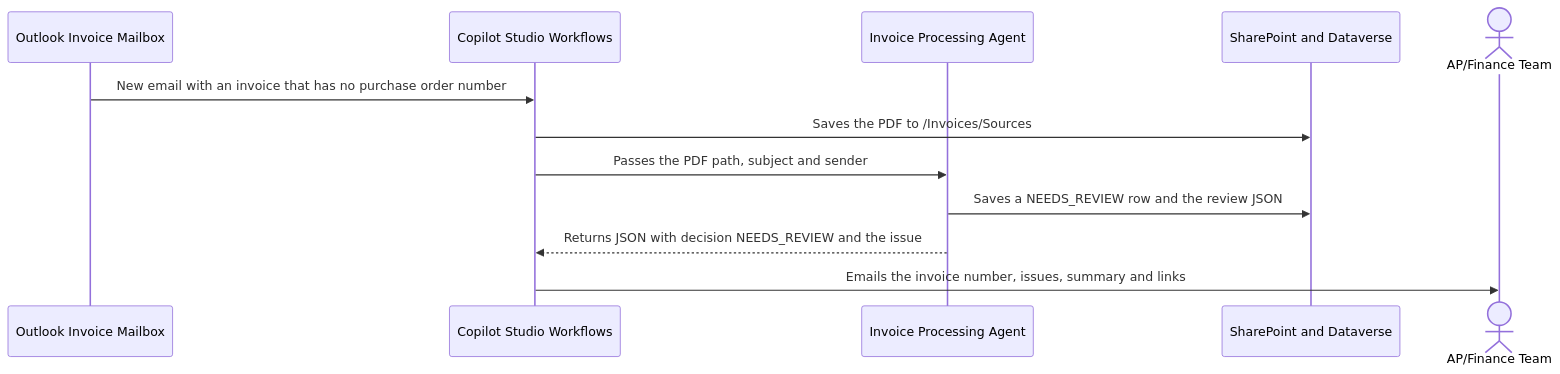
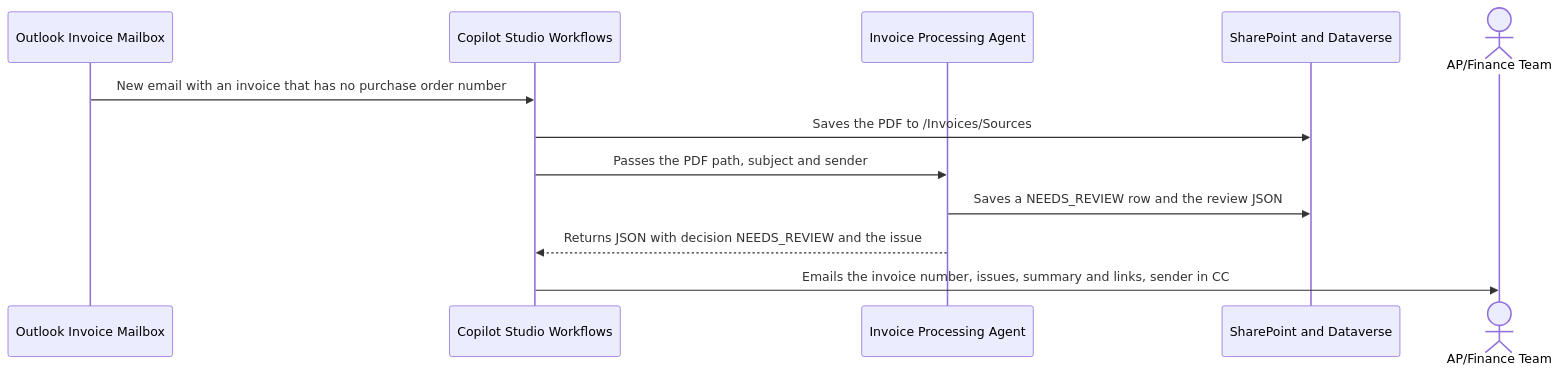
The third of 3 diagrams in 01-scenarios/Autonomous-Invoice-Orchestration-Agent-GHCP/2.Architecture.md (microsoft/ai-agent-runbooks), drawn with Mermaid before and after one commit. The commit also changed other lines of this file and 5 other files, not shown here.

Commit message:
Enhance Invoice Processing Workflow: - Update manual review email to include sender in CC for better communication. - Revise documentation to reflect changes in decision handling and email notifications. - Ensure consistency in approval and review processes across all related documents.

````diff
--- a/01-scenarios/Autonomous-Invoice-Orchestration-Agent-GHCP/2.Architecture.md
+++ b/01-scenarios/Autonomous-Invoice-Orchestration-Agent-GHCP/2.Architecture.md
@@ -122,14 +122,14 @@
 ```mermaid
 sequenceDiagram
     participant Mail as Outlook Invoice Mailbox
     participant Flow as Copilot Studio Workflows
     participant Agent as Invoice Processing Agent
     participant Store as SharePoint and Dataverse
     actor Finance as AP/Finance Team
     Mail->>Flow: New email with an invoice that has no purchase order number
     Flow->>Store: Saves the PDF to /Invoices/Sources
     Flow->>Agent: Passes the PDF path, subject and sender
     Agent->>Store: Saves a NEEDS_REVIEW row and the review JSON
     Agent-->>Flow: Returns JSON with decision NEEDS_REVIEW and the issue
-    Flow->>Finance: Emails the invoice number, issues, summary and links
+    Flow->>Finance: Emails the invoice number, issues, summary and links, sender in CC
 ```
````
